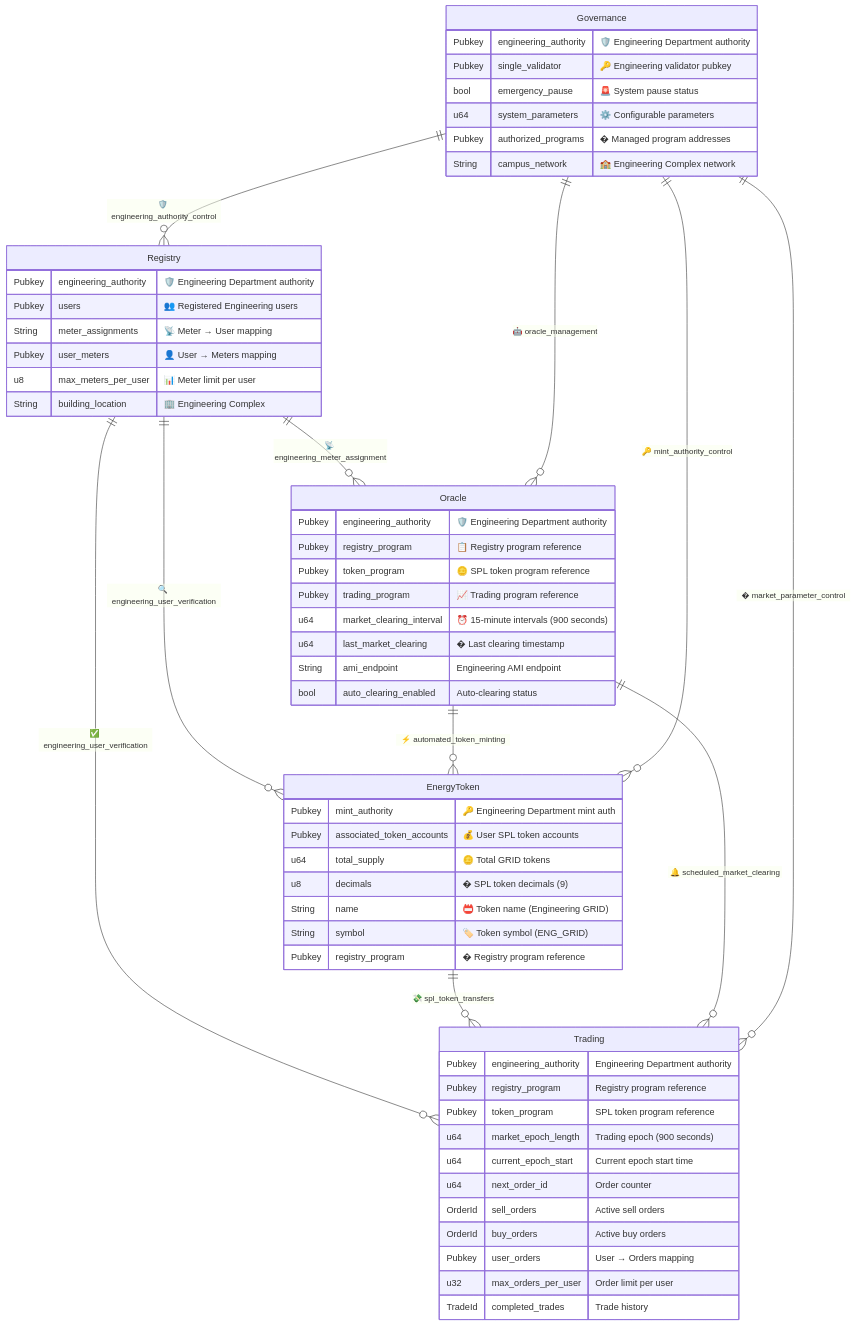
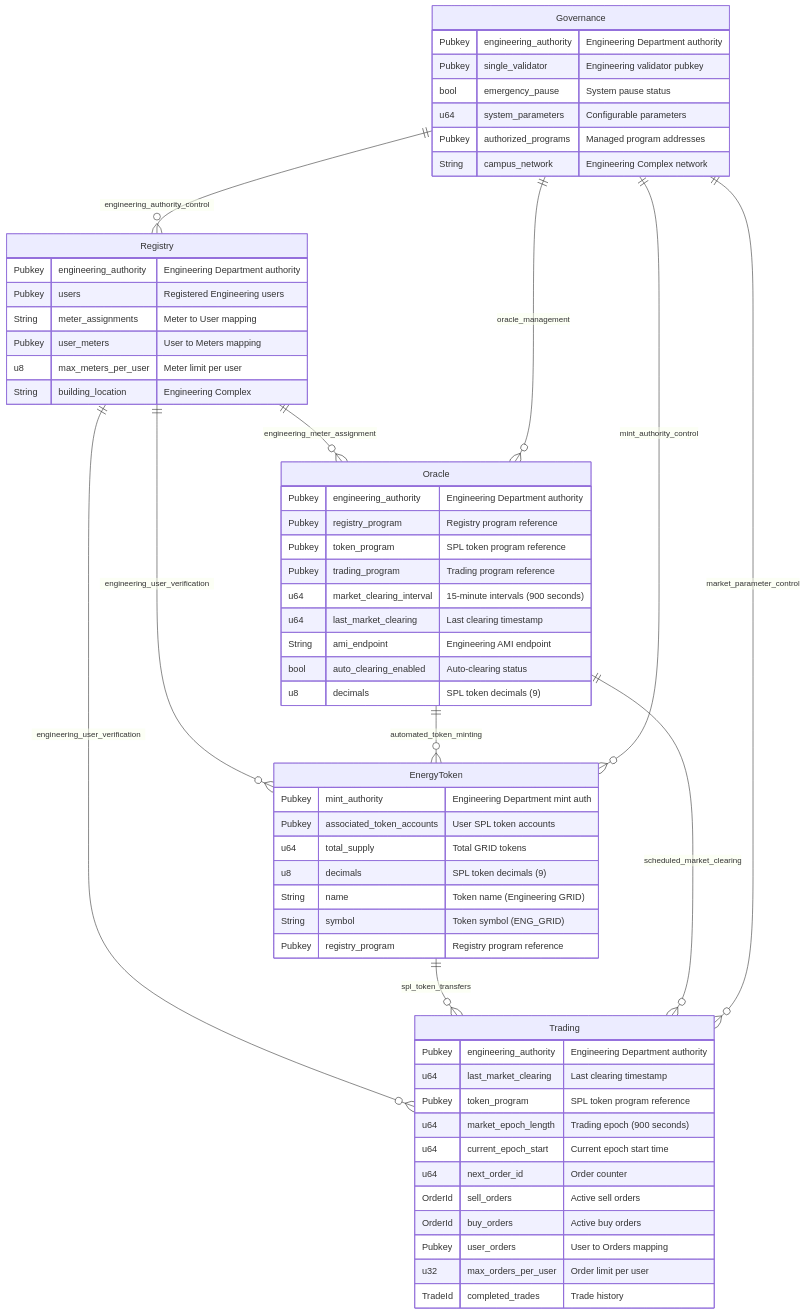
The fourth of 5 diagrams in docs/contracts-diagram.md (NakaSato/p2p), drawn with Mermaid before and after one commit. The commit also changed other lines of this file and 2 other files, not shown here.

````diff
--- a/docs/contracts-diagram.md
+++ b/docs/contracts-diagram.md
@@ -312,67 +213,68 @@
 ```mermaid
 erDiagram
     Registry {
-        Pubkey engineering_authority "🛡️ Engineering Department authority"
-        Pubkey users "👥 Registered Engineering users"
-        String meter_assignments "📡 Meter → User mapping"
-        Pubkey user_meters "👤 User → Meters mapping"
-        u8 max_meters_per_user "📊 Meter limit per user"
-        String building_location "🏢 Engineering Complex"
+        Pubkey engineering_authority "Engineering Department authority"
+        Pubkey users "Registered Engineering users"
+        String meter_assignments "Meter to User mapping"
+        Pubkey user_meters "User to Meters mapping"
+        u8 max_meters_per_user "Meter limit per user"
+        String building_location "Engineering Complex"
     }
     
     EnergyToken {
-        Pubkey mint_authority "🔑 Engineering Department mint auth"
-        Pubkey associated_token_accounts "💰 User SPL token accounts"
-        u64 total_supply "🪙 Total GRID tokens"
-        u8 decimals "� SPL token decimals (9)"
-        String name "📛 Token name (Engineering GRID)"
-        String symbol "🏷️ Token symbol (ENG_GRID)"
-        Pubkey registry_program "� Registry program reference"
+        Pubkey mint_authority "Engineering Department mint auth"
+        Pubkey associated_token_accounts "User SPL token accounts"
+        u64 total_supply "Total GRID tokens"
+        u8 decimals "SPL token decimals (9)"
+        String name "Token name (Engineering GRID)"
+        String symbol "Token symbol (ENG_GRID)"
+        Pubkey registry_program "Registry program reference"
     }
     
     Oracle {
-        Pubkey engineering_authority "🛡️ Engineering Department authority"
-        Pubkey registry_program "📋 Registry program reference"
-        Pubkey token_program "🪙 SPL token program reference"
-        Pubkey trading_program "📈 Trading program reference"
-        u64 market_clearing_interval "⏰ 15-minute intervals (900 seconds)"
-        u64 last_market_clearing "� Last clearing timestamp"
+        Pubkey engineering_authority "Engineering Department authority"
+        Pubkey registry_program "Registry program reference"
+        Pubkey token_program "SPL token program reference"
+        Pubkey trading_program "Trading program reference"
+        u64 market_clearing_interval "15-minute intervals (900 seconds)"
+        u64 last_market_clearing "Last clearing timestamp"
         String ami_endpoint "Engineering AMI endpoint"
         bool auto_clearing_enabled "Auto-clearing status"
+        u8 decimals "SPL token decimals (9)"
     }
     
     Trading {
         Pubkey engineering_authority "Engineering Department authority"
-        Pubkey registry_program "Registry program reference"
+        u64 last_market_clearing "Last clearing timestamp"
         Pubkey token_program "SPL token program reference"
         u64 market_epoch_length "Trading epoch (900 seconds)"
         u64 current_epoch_start "Current epoch start time"
         u64 next_order_id "Order counter"
         OrderId sell_orders "Active sell orders"
         OrderId buy_orders "Active buy orders"
-        Pubkey user_orders "User → Orders mapping"
+        Pubkey user_orders "User to Orders mapping"
         u32 max_orders_per_user "Order limit per user"
         TradeId completed_trades "Trade history"
     }
     
     Governance {
-        Pubkey engineering_authority "🛡️ Engineering Department authority"
-        Pubkey single_validator "🔑 Engineering validator pubkey"
-        bool emergency_pause "🚨 System pause status"
-        u64 system_parameters "⚙️ Configurable parameters"
-        Pubkey authorized_programs "� Managed program addresses"
-        String campus_network "🏫 Engineering Complex network"
+        Pubkey engineering_authority "Engineering Department authority"
+        Pubkey single_validator "Engineering validator pubkey"
+        bool emergency_pause "System pause status"
+        u64 system_parameters "Configurable parameters"
+        Pubkey authorized_programs "Managed program addresses"
+        String campus_network "Engineering Complex network"
     }
     
     %% Enhanced relationships with Engineering Department focus
-    Registry ||--o{ EnergyToken : "🔍 engineering_user_verification"
-    Registry ||--o{ Trading : "✅ engineering_user_verification"
-    Registry ||--o{ Oracle : "📡 engineering_meter_assignment"
-    EnergyToken ||--o{ Trading : "💸 spl_token_transfers"
-    Oracle ||--o{ EnergyToken : "⚡ automated_token_minting"
-    Oracle ||--o{ Trading : "🔔 scheduled_market_clearing"
-    Governance ||--o{ Registry : "🛡️ engineering_authority_control"
-    Governance ||--o{ EnergyToken : "🔑 mint_authority_control"
-    Governance ||--o{ Oracle : "🤖 oracle_management"
-    Governance ||--o{ Trading : "� market_parameter_control"
+    Registry ||--o{ EnergyToken : "engineering_user_verification"
+    Registry ||--o{ Trading : "engineering_user_verification"
+    Registry ||--o{ Oracle : "engineering_meter_assignment"
+    EnergyToken ||--o{ Trading : "spl_token_transfers"
+    Oracle ||--o{ EnergyToken : "automated_token_minting"
+    Oracle ||--o{ Trading : "scheduled_market_clearing"
+    Governance ||--o{ Registry : "engineering_authority_control"
+    Governance ||--o{ EnergyToken : "mint_authority_control"
+    Governance ||--o{ Oracle : "oracle_management"
+    Governance ||--o{ Trading : "market_parameter_control"
 ```
````
